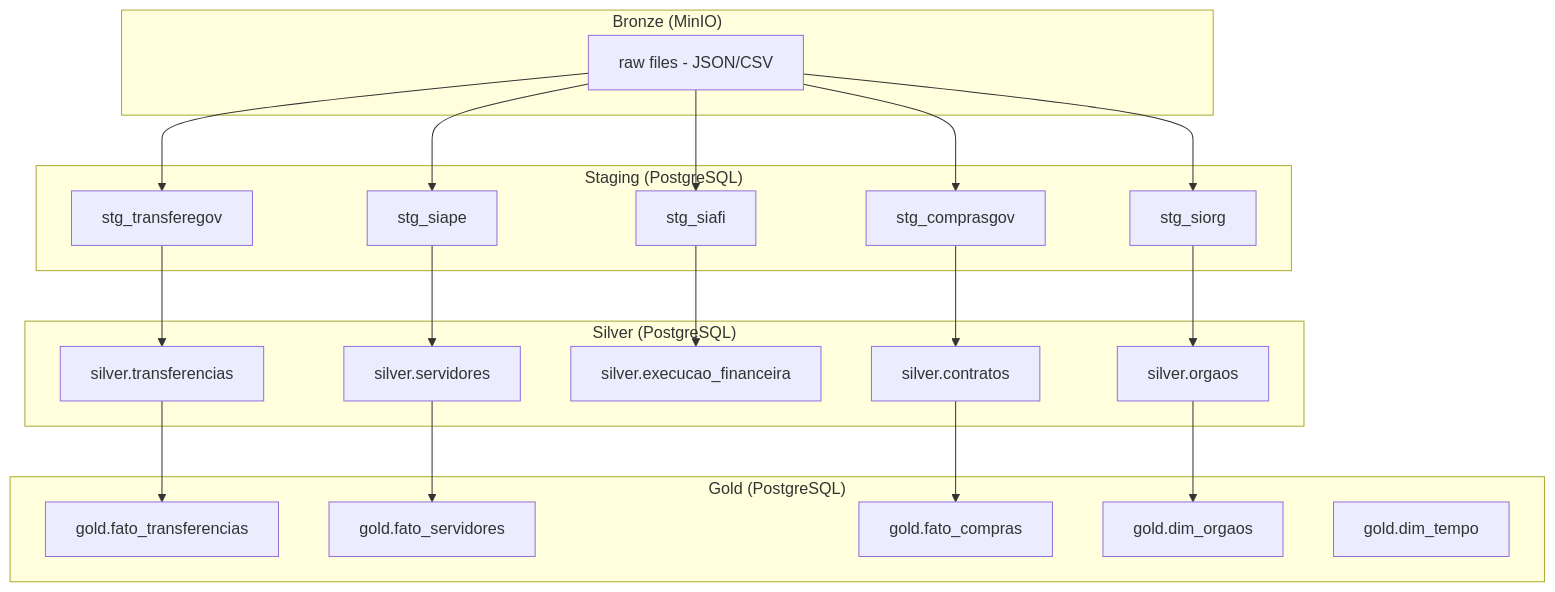
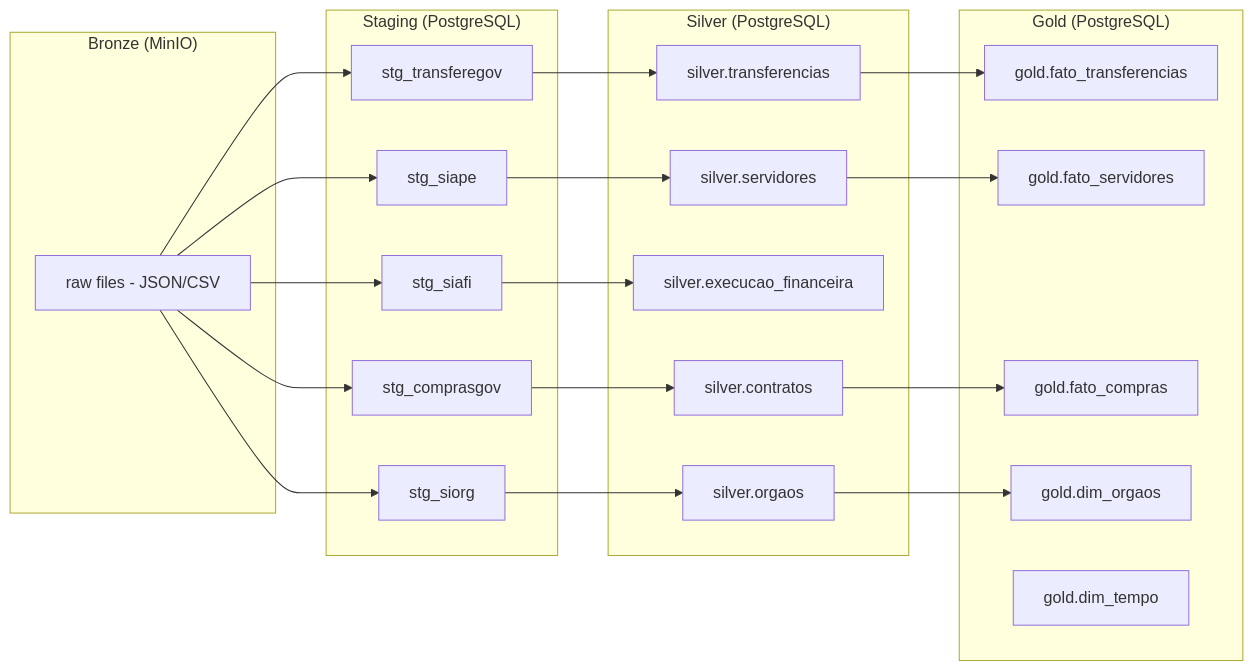
One commit to egewarth/capacitacao-govhub changed the diagram in docs/plataforma/dados/dicionario.md. Above: the diagram before and after it, drawn with Mermaid. The commit also changed 5 other files, not shown here.

Commit message:
docs: diagramas largos da trilha de adoção passam a caber na coluna da aula

````diff
--- a/docs/plataforma/dados/dicionario.md
+++ b/docs/plataforma/dados/dicionario.md
@@ -16,41 +16,41 @@
 ```mermaid
-graph TB
+graph LR
     subgraph "Bronze (MinIO)"
         B1[raw files - JSON/CSV]
     end
 
     subgraph "Staging (PostgreSQL)"
         S1[stg_transferegov]
         S2[stg_siape]
         S3[stg_siafi]
         S4[stg_comprasgov]
         S5[stg_siorg]
     end
 
     subgraph "Silver (PostgreSQL)"
         SV1[silver.transferencias]
         SV2[silver.servidores]
         SV3[silver.execucao_financeira]
         SV4[silver.contratos]
         SV5[silver.orgaos]
     end
 
     subgraph "Gold (PostgreSQL)"
         G1[gold.fato_transferencias]
         G2[gold.fato_servidores]
         G3[gold.fato_compras]
         G4[gold.dim_orgaos]
         G5[gold.dim_tempo]
     end
 
     B1 --> S1 & S2 & S3 & S4 & S5
     S1 --> SV1
     S2 --> SV2
     S3 --> SV3
     S4 --> SV4
     S5 --> SV5
     SV1 --> G1
     SV2 --> G2
     SV4 --> G3
     SV5 --> G4
 ```
````
